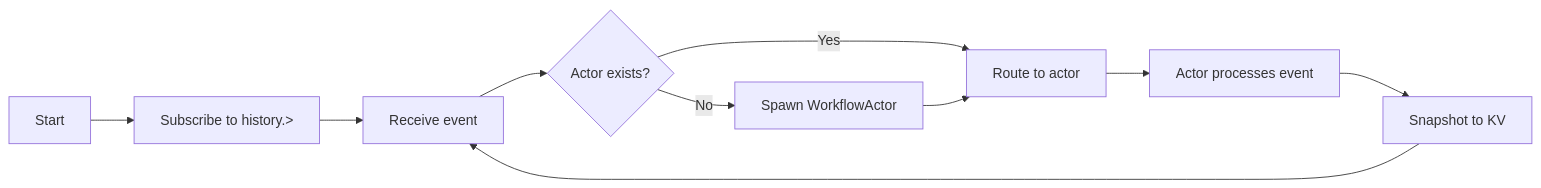
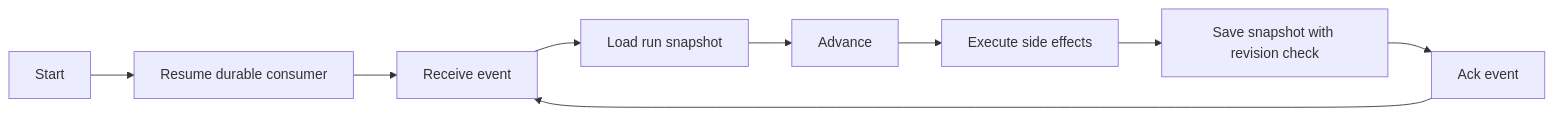
Before and after one commit to danmestas/dagnats: the second of 2 diagrams in docs/site/content/docs/architecture/event-sourcing-model.md, drawn with Mermaid. The commit also changed other lines of this file and 16 other files, not shown here.

````diff
--- a/docs/site/content/docs/architecture/event-sourcing-model.md
+++ b/docs/site/content/docs/architecture/event-sourcing-model.md
@@ -95,12 +95,11 @@
 ```mermaid
 flowchart LR
-    A[Start] --> B[Subscribe to history.>]
+    A[Start] --> B[Resume durable consumer]
     B --> C[Receive event]
-    C --> D{Actor exists?}
-    D -->|No| E[Spawn WorkflowActor]
-    D -->|Yes| F[Route to actor]
-    E --> F
-    F --> G[Actor processes event]
-    G --> H[Snapshot to KV]
+    C --> D[Load run snapshot]
+    D --> E[Advance]
+    E --> F[Execute side effects]
+    F --> G[Save snapshot with revision check]
+    G --> H[Ack event]
     H --> C
 ```
````
